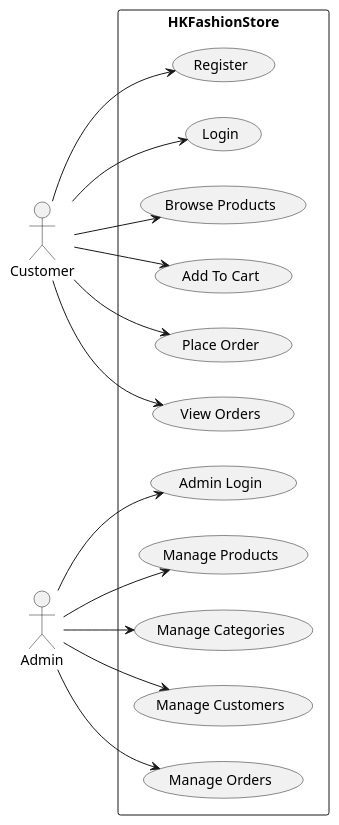
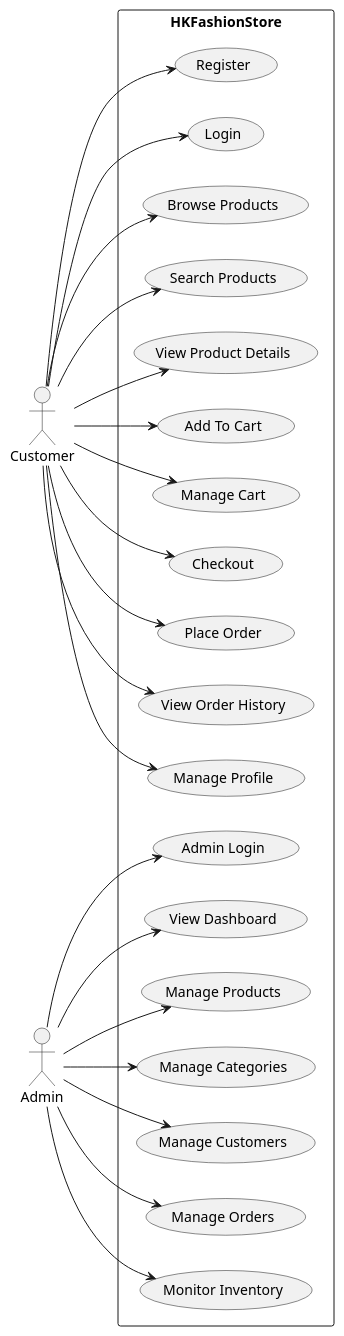
Before and after one commit to KHari07/HKFashion-Source: the first of 4 diagrams in README.md, drawn with PlantUML. The commit also changed other lines of this file, not shown here.

````diff
--- a/README.md
+++ b/README.md
@@ -186,26 +242,31 @@
 ```plantuml
 @startuml
 left to right direction
 
 actor Customer
 actor Admin
 
 rectangle HKFashionStore {
-
-Customer --> (Register)
-Customer --> (Login)
-Customer --> (Browse Products)
-Customer --> (Add To Cart)
-Customer --> (Place Order)
-Customer --> (View Orders)
-
-Admin --> (Admin Login)
-Admin --> (Manage Products)
-Admin --> (Manage Categories)
-Admin --> (Manage Customers)
-Admin --> (Manage Orders)
-
+    Customer --> (Register)
+    Customer --> (Login)
+    Customer --> (Browse Products)
+    Customer --> (Search Products)
+    Customer --> (View Product Details)
+    Customer --> (Add To Cart)
+    Customer --> (Manage Cart)
+    Customer --> (Checkout)
+    Customer --> (Place Order)
+    Customer --> (View Order History)
+    Customer --> (Manage Profile)
+    
+    Admin --> (Admin Login)
+    Admin --> (View Dashboard)
+    Admin --> (Manage Products)
+    Admin --> (Manage Categories)
+    Admin --> (Manage Customers)
+    Admin --> (Manage Orders)
+    Admin --> (Monitor Inventory)
 }
 
 @enduml
 ```
````
